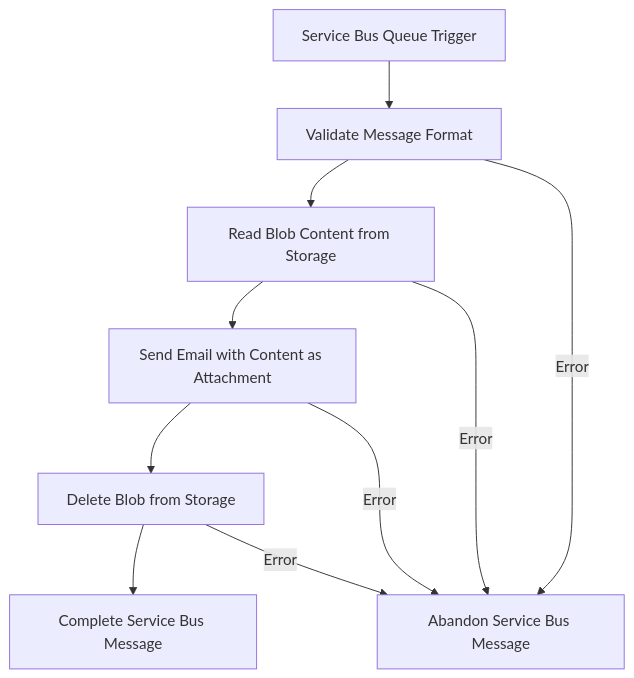
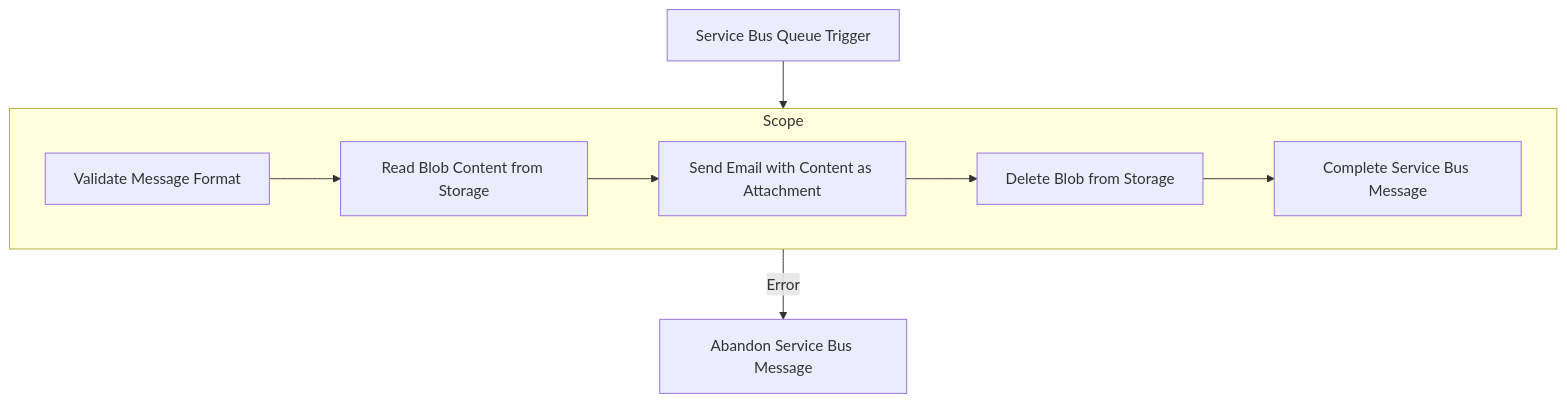
The second of 2 diagrams in LogicApps/README.md (wsilveiranz/la-claimcheck-pattern), drawn with Mermaid before and after one commit. The commit also changed other lines of this file, not shown here.

Commit message:
Refactor workflow diagrams in README.md to use subgraphs for better clarity and organization

````diff
--- a/LogicApps/README.md
+++ b/LogicApps/README.md
@@ -64,13 +65,13 @@
 ```mermaid
 flowchart TD
-    A[Service Bus Queue Trigger] --> B[Validate Message Format]
-    B --> C[Read Blob Content from Storage]
+    A[Service Bus Queue Trigger] --> Scope
+    
+    subgraph Scope[Scope]
+    B[Validate Message Format] --> C[Read Blob Content from Storage]
     C --> D[Send Email with Content as Attachment]
     D --> E[Delete Blob from Storage]
     E --> F[Complete Service Bus Message]
+    end
     
-    B -- Error --> G[Abandon Service Bus Message]
-    C -- Error --> G
-    D -- Error --> G
-    E -- Error --> G
+    Scope -- Error --> G[Abandon Service Bus Message]
 ```
````
